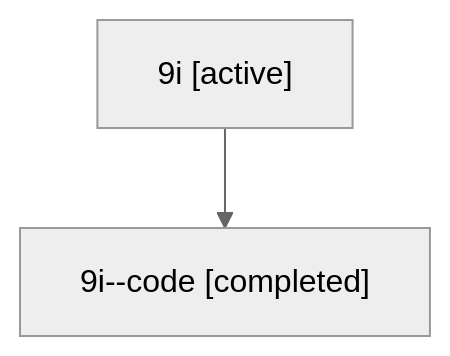
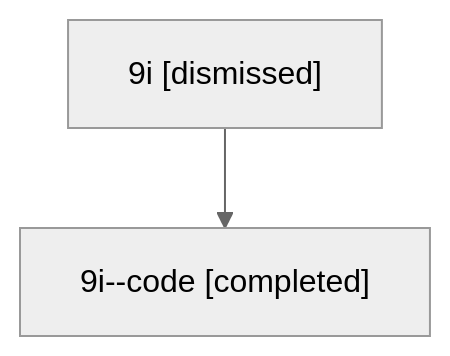
Before and after one commit to sase-org/sase--agents: the diagram in sessions/bbugyi200.athena.9i.md, drawn with Mermaid (neutral theme). The commit also changed other lines of this file and 28 other files, not shown here.

````diff
--- a/sessions/bbugyi200.athena.9i.md
+++ b/sessions/bbugyi200.athena.9i.md
@@ -9,6 +9,6 @@
 ```mermaid
 flowchart TD
-  n0["9i [active]"]
+  n0["9i [dismissed]"]
   n1["9i--code [completed]"]
   n0 --> n1
 ```
````
